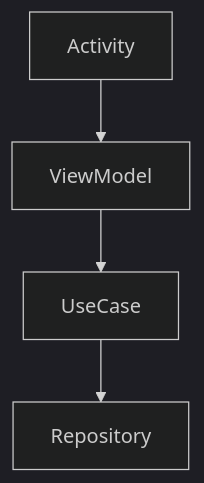
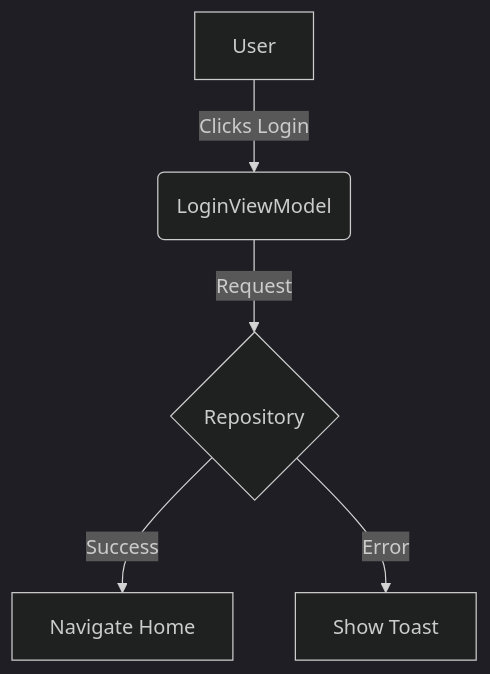
Before and after one commit to ArceApps/arceapps.github.io: the diagram in src/content/blog/en/android-documentation-best-practices.md, drawn with Mermaid (dark theme). The commit also changed other lines of this file and 54 other files, not shown here.

````diff
--- a/src/content/blog/en/android-documentation-best-practices.md
+++ b/src/content/blog/en/android-documentation-best-practices.md
@@ -72,6 +60,7 @@
 ```mermaid
 graph TD;
-    A[Activity] --> B[ViewModel];
-    B --> C[UseCase];
-    C --> D[Repository];
+    A[User] -->|Clicks Login| B(LoginViewModel)
+    B -->|Request| C{Repository}
+    C -->|Success| D[Navigate Home]
+    C -->|Error| E[Show Toast]
 ```
````
